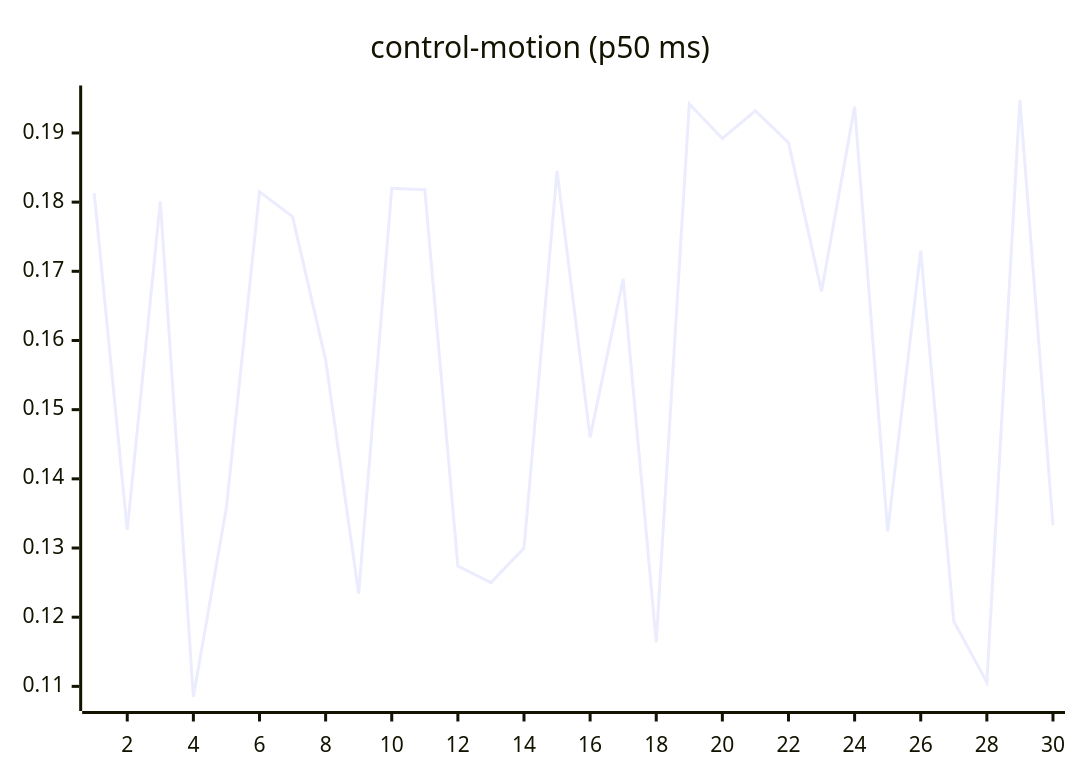
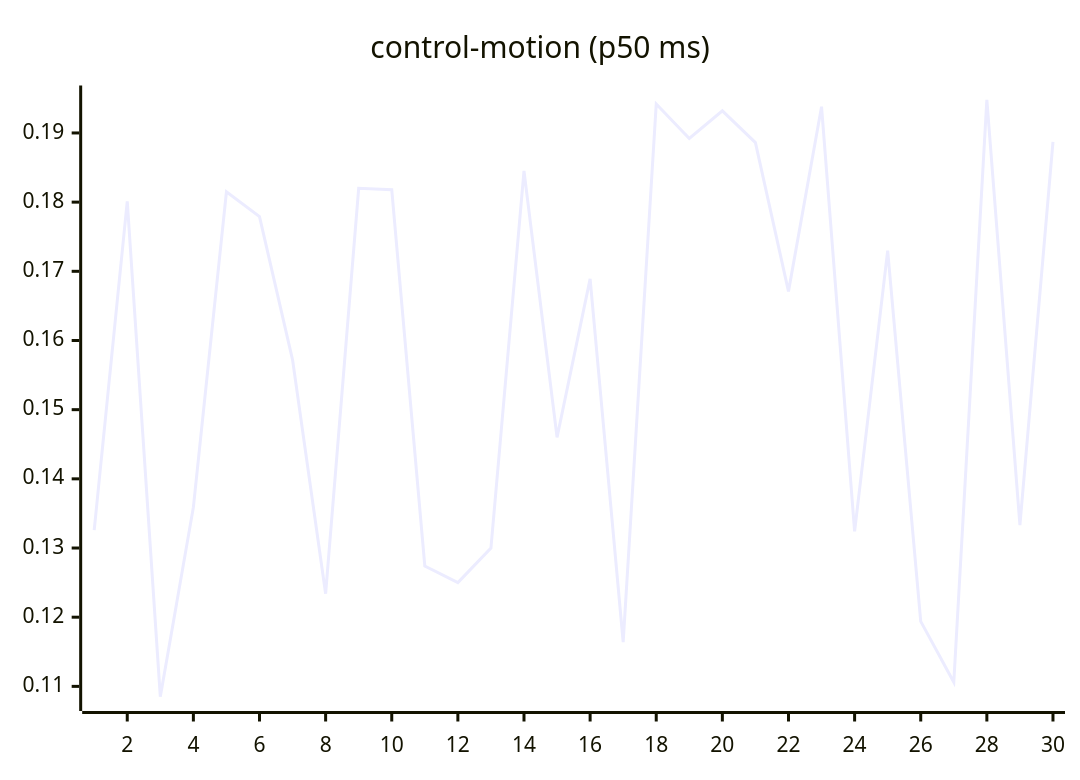
Before and after one commit to josha/Facet: the seventh of 27 diagrams in README.md, drawn with Mermaid. The commit also changed other lines of this file and 2 other files, not shown here.

````diff
--- a/README.md
+++ b/README.md
@@ -105,6 +105,6 @@
 ```mermaid
 xychart-beta
     title "control-motion (p50 ms)"
     x-axis 1 --> 30
-    line [0.1813, 0.1326, 0.1801, 0.1085, 0.1359, 0.1815, 0.1779, 0.1572, 0.1234, 0.1820, 0.1818, 0.1274, 0.1250, 0.1300, 0.1845, 0.1460, 0.1689, 0.1164, 0.1942, 0.1892, 0.1932, 0.1886, 0.1671, 0.1938, 0.1324, 0.1730, 0.1194, 0.1106, 0.1948, 0.1333]
+    line [0.1326, 0.1801, 0.1085, 0.1359, 0.1815, 0.1779, 0.1572, 0.1234, 0.1820, 0.1818, 0.1274, 0.1250, 0.1300, 0.1845, 0.1460, 0.1689, 0.1164, 0.1942, 0.1892, 0.1932, 0.1886, 0.1671, 0.1938, 0.1324, 0.1730, 0.1194, 0.1106, 0.1948, 0.1333, 0.1887]
 ```
````
